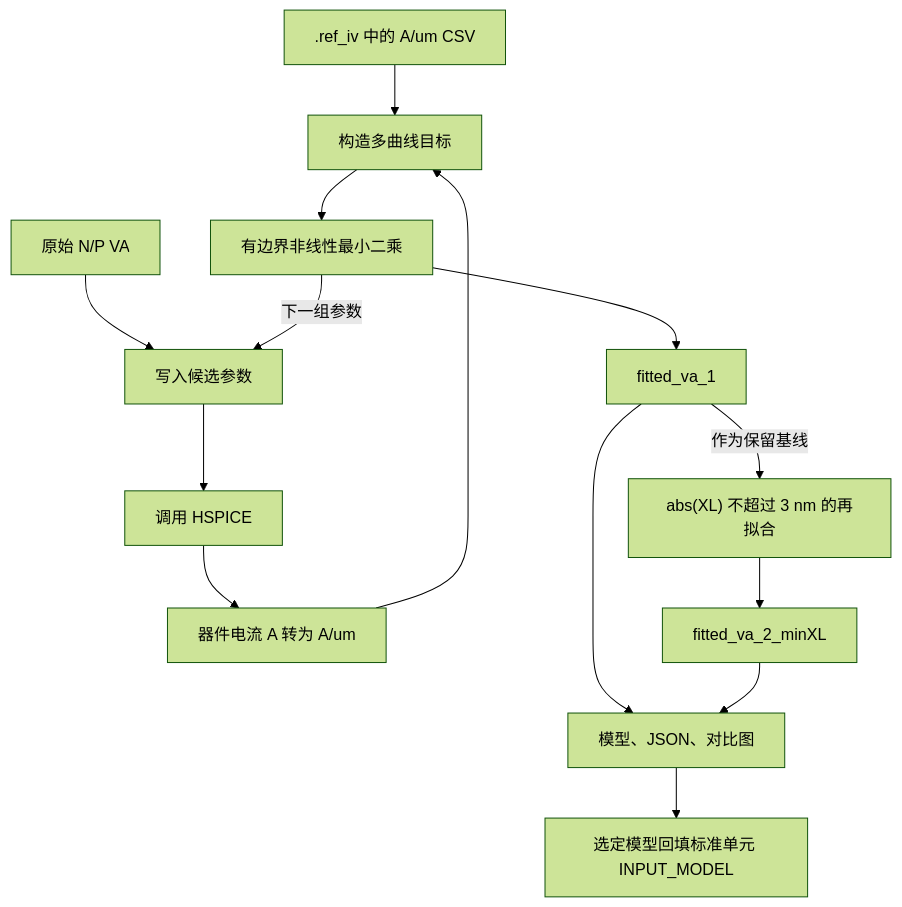
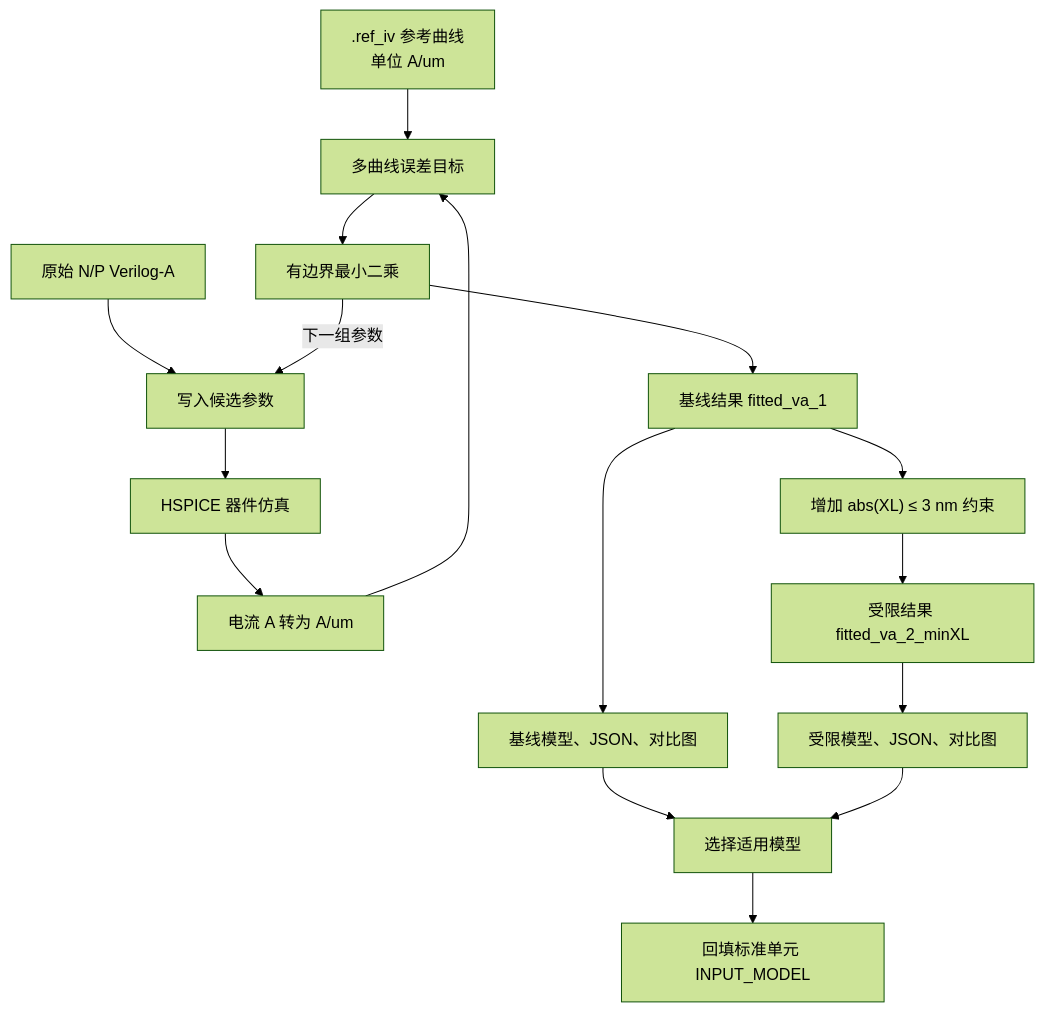
Before and after one commit to Tengfei2002/AutoLDM: the fourth of 5 diagrams in readme.md, drawn with Mermaid (forest theme). The commit also changed other lines of this file and 2 other files, not shown here.

````diff
--- a/readme.md
+++ b/readme.md
@@ -223,16 +205,18 @@
 ```mermaid
 flowchart TD
-    REF[.ref_iv 中的 A/um CSV] --> OBJ[构造多曲线目标]
-    ORIG[原始 N/P VA] --> PATCH[写入候选参数]
-    PATCH --> HSP[调用 HSPICE]
-    HSP --> CONV[器件电流 A 转为 A/um]
+    REF[".ref_iv 参考曲线<br/>单位 A/um"] --> OBJ["多曲线误差目标"]
+    ORIG["原始 N/P Verilog-A"] --> CAND["写入候选参数"]
+    OBJ --> OPT["有边界最小二乘"]
+    OPT -->|下一组参数| CAND
+    CAND --> HSP["HSPICE 器件仿真"]
+    HSP --> CONV["电流 A 转为 A/um"]
     CONV --> OBJ
-    OBJ --> LSQ[有边界非线性最小二乘]
-    LSQ -->|下一组参数| PATCH
-    LSQ --> BASELINE[fitted_va_1]
-    BASELINE -->|作为保留基线| XL["abs(XL) 不超过 3 nm 的再拟合"]
-    XL --> SMALL[fitted_va_2_minXL]
-    BASELINE --> REPORT[模型、JSON、对比图]
-    SMALL --> REPORT
-    REPORT --> CELLIN[选定模型回填标准单元 INPUT_MODEL]
+    OPT --> BASELINE["基线结果 fitted_va_1"]
+    BASELINE --> REPORT1["基线模型、JSON、对比图"]
+    BASELINE --> XL["增加 abs(XL) ≤ 3 nm 约束"]
+    XL --> SMALL["受限结果 fitted_va_2_minXL"]
+    SMALL --> REPORT2["受限模型、JSON、对比图"]
+    REPORT1 --> SELECT["选择适用模型"]
+    REPORT2 --> SELECT
+    SELECT --> CELLIN["回填标准单元 INPUT_MODEL"]
 ```
````
